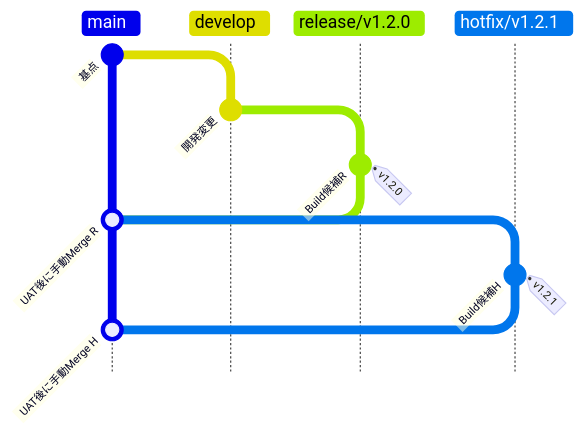
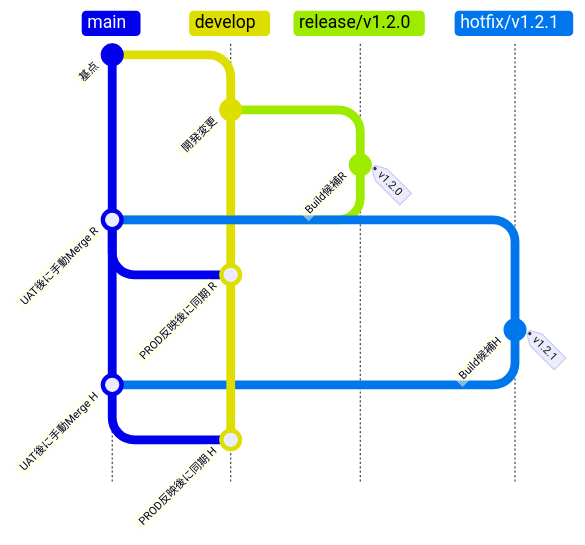
Before and after one commit to ShimaBell0619/cicd-demo: the first of 4 diagrams in docs/方式設計書/CI_CD_方式設計書.md, drawn with Mermaid. The commit also changed other lines of this file, not shown here.

````diff
--- a/docs/方式設計書/CI_CD_方式設計書.md
+++ b/docs/方式設計書/CI_CD_方式設計書.md
@@ -128,14 +101,19 @@
 ```mermaid
 gitGraph TB:
     commit id: "基点"
     branch develop
     commit id: "開発変更"
     branch "release/v1.2.0"
     commit id: "Build候補R" tag: "v1.2.0"
     checkout main
     merge "release/v1.2.0" id: "UAT後に手動Merge R"
+    checkout develop
+    merge main id: "PROD反映後に同期 R"
+    checkout main
     branch "hotfix/v1.2.1"
     commit id: "Build候補H" tag: "v1.2.1"
     checkout main
     merge "hotfix/v1.2.1" id: "UAT後に手動Merge H"
+    checkout develop
+    merge main id: "PROD反映後に同期 H"
 ```
````
